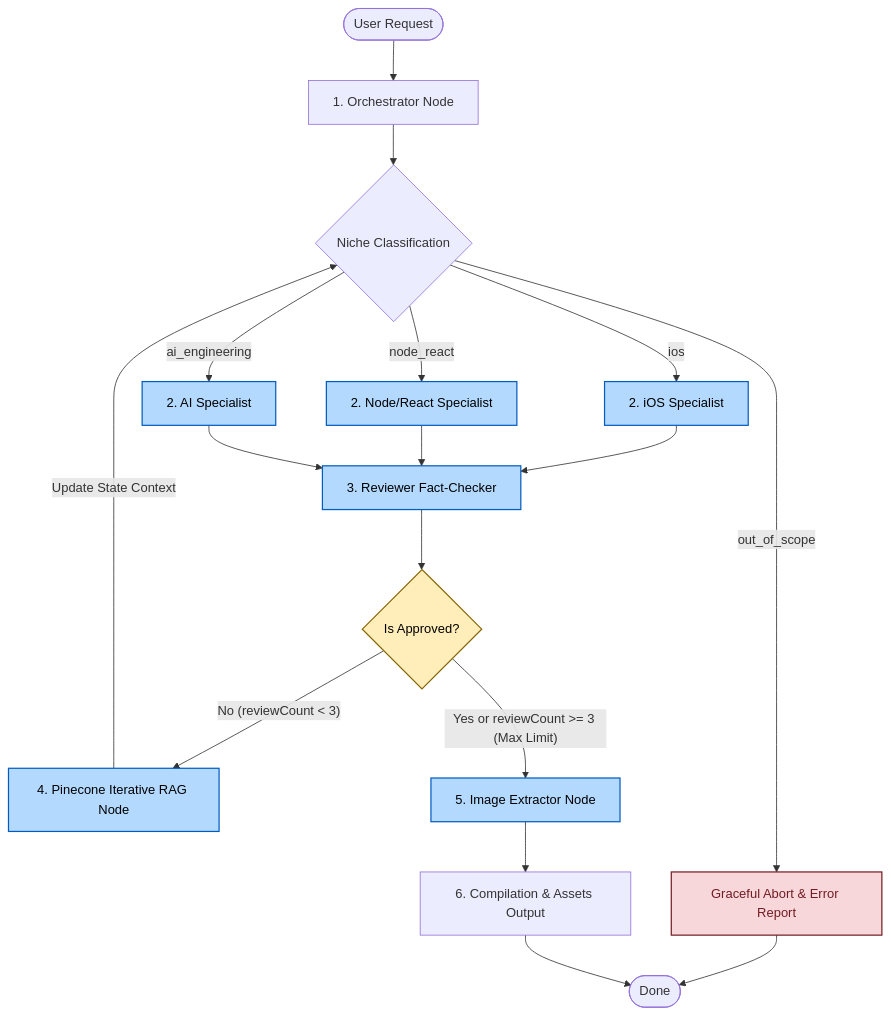
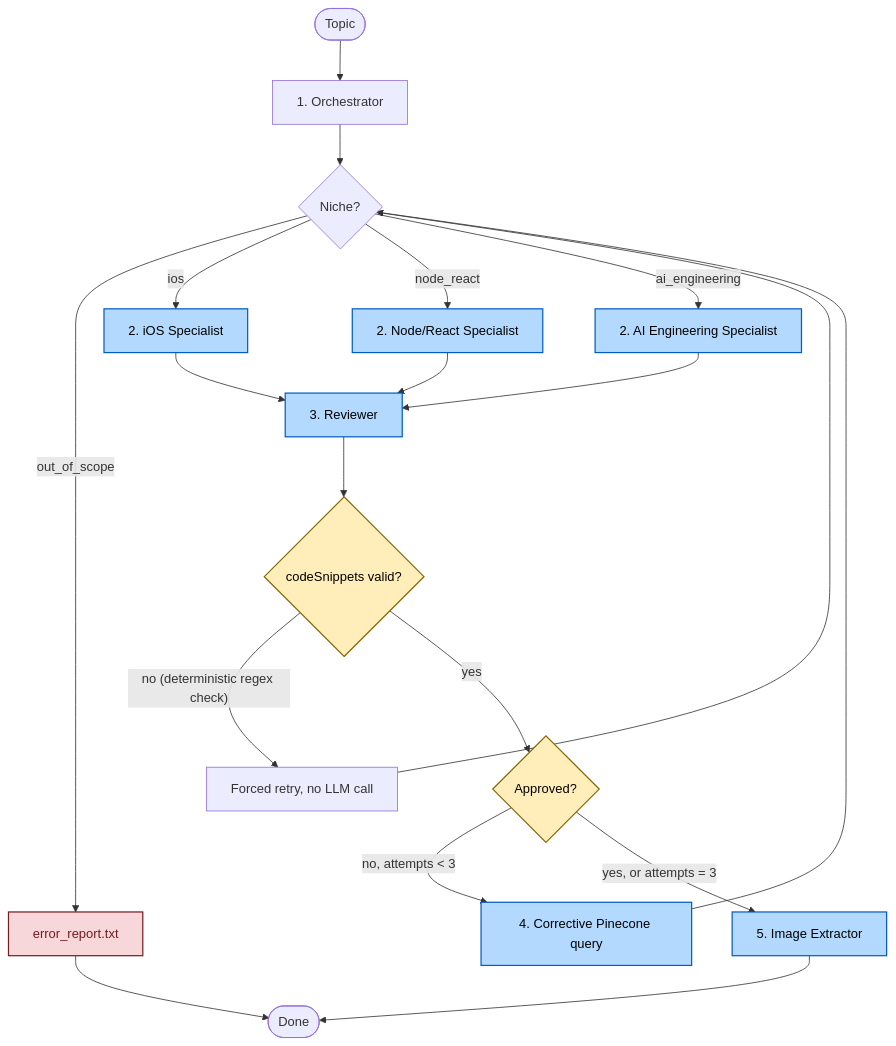
Before and after one commit to brunoteixeiralc/langgraph-critic-rag-builder: the diagram in README.md, drawn with Mermaid. The commit also changed other lines of this file and 2 other files, not shown here.

Commit message:
docs: rewrite README to reflect current architecture (async HTTP server, ingestion pipeline, LangSmith eval, resilience); fix stale Flutter default topic in index.ts

````diff
--- a/README.md
+++ b/README.md
@@ -19,41 +20,40 @@
 ```mermaid
 graph TD
-    %% Define styles
-    classDef startEnd fill:#f9f,stroke:#333,stroke-width:2px;
     classDef nodeStyle fill:#b3d9ff,stroke:#005cbf,stroke-width:1.5px,color:#000;
     classDef decStyle fill:#ffeeba,stroke:#856404,stroke-width:1.5px,color:#000;
     classDef errorStyle fill:#f8d7da,stroke:#721c24,stroke-width:1.5px,color:#721c24;
 
-    Start([User Request]) --> Orchestrator[1. Orchestrator Node]
-    Orchestrator --> Classification{Niche Classification}
-    
-    %% Niche Routing
-    Classification -- out_of_scope --> OutOfScope[Graceful Abort & Error Report]
+    Start([Topic]) --> Orchestrator[1. Orchestrator]
+    Orchestrator --> Classification{Niche?}
+
+    Classification -- out_of_scope --> OutOfScope[error_report.txt]
     OutOfScope --> End([Done])
     class OutOfScope errorStyle;
-    
+
     Classification -- ios --> IosAgent[2. iOS Specialist]
     Classification -- node_react --> NodeReactAgent[2. Node/React Specialist]
-    Classification -- ai_engineering --> AIAgent[2. AI Specialist]
+    Classification -- ai_engineering --> AIAgent[2. AI Engineering Specialist]
     class IosAgent,NodeReactAgent,AIAgent nodeStyle;
 
-    %% Specialists to Reviewer
-    IosAgent --> Reviewer[3. Reviewer Fact-Checker]
+    IosAgent --> Reviewer[3. Reviewer]
     NodeReactAgent --> Reviewer
     AIAgent --> Reviewer
     class Reviewer nodeStyle;
 
-    %% Review Loop Decisions
-    Reviewer --> ReviewDecision{Is Approved?}
+    Reviewer --> Guard{codeSnippets valid?}
+    class Guard decStyle;
+    Guard -- "no (deterministic regex check)" --> Retry1[Forced retry, no LLM call]
+    Retry1 --> Classification
+
+    Guard -- yes --> ReviewDecision{Approved?}
     class ReviewDecision decStyle;
-    
-    ReviewDecision -- No (reviewCount < 3) --> IterativeRAG[4. Pinecone Iterative RAG Node]
-    IterativeRAG --> |Update State Context| Classification
+
+    ReviewDecision -- "no, attempts < 3" --> IterativeRAG[4. Corrective Pinecone query]
+    IterativeRAG --> Classification
     class IterativeRAG nodeStyle;
 
-    ReviewDecision -- Yes or reviewCount >= 3 (Max Limit) --> ImageExtractor[5. Image Extractor Node]
+    ReviewDecision -- "yes, or attempts = 3" --> ImageExtractor[5. Image Extractor]
     class ImageExtractor nodeStyle;
 
-    ImageExtractor --> Compilation[6. Compilation & Assets Output]
-    Compilation --> End
+    ImageExtractor --> End
 ```
````
